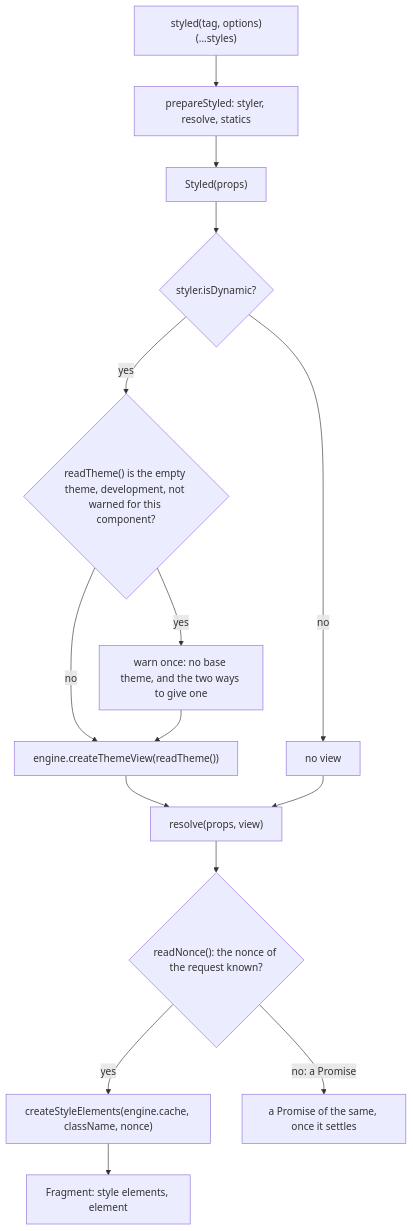
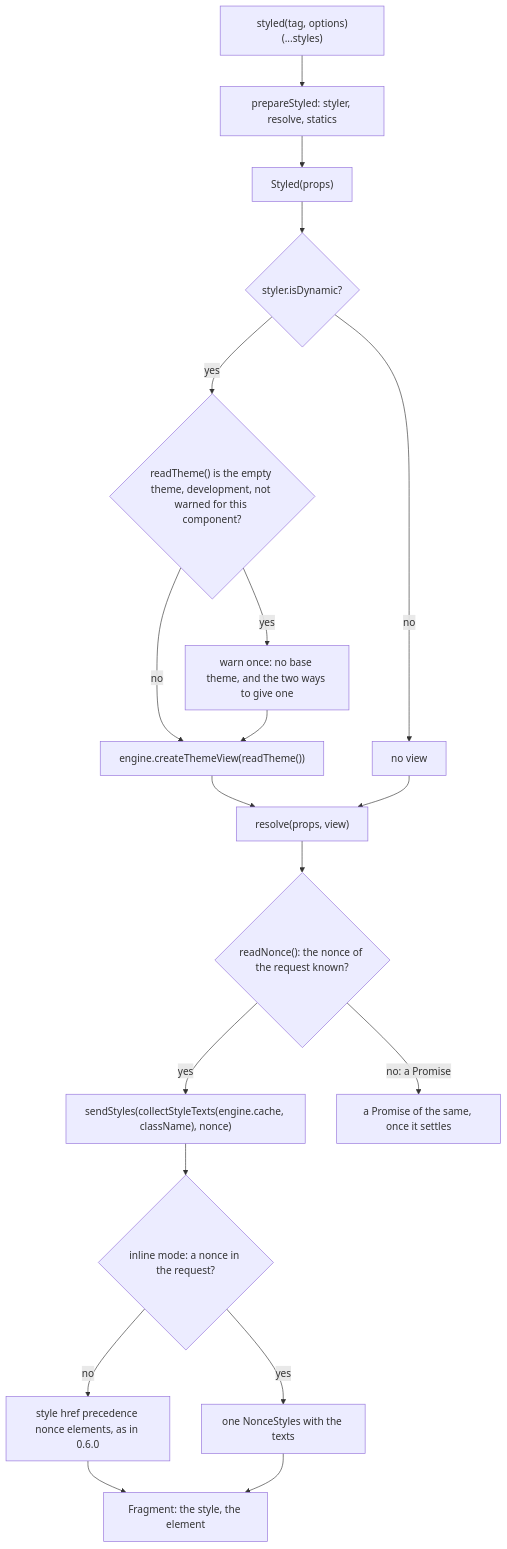
One commit to soroush-tech/umber-style changed the diagram in packages/react/src/styled.server.md. Above: the diagram before and after it, drawn with Mermaid. The commit also changed other lines of this file and 67 other files, not shown here.

Commit message:
feat: a page of server components keeps its styles under a strict nonce policy on Next.js, from a source or a fixed nonce, and a warm render does not redo the value repair and style elements of classes it has - close #66, close #68

````diff
--- a/packages/react/src/styled.server.md
+++ b/packages/react/src/styled.server.md
@@ -19,17 +20,21 @@
 ```mermaid
 flowchart TD
-  call["styled(tag, options)(...styles)"] --> prep["prepareStyled: styler, resolve, statics"]
+  made["styled(tag, options)(...styles)"] --> prep["prepareStyled: styler, resolve, statics"]
   prep --> render["Styled(props)"]
   render --> dyn{"styler.isDynamic?"}
   dyn -->|yes| empty{"readTheme() is the empty theme, development, not warned for this component?"}
   empty -->|yes| warnOnce["warn once: no base theme, and the two ways to give one"]
   empty -->|no| view["engine.createThemeView(readTheme())"]
   warnOnce --> view
   dyn -->|no| noview["no view"]
   view --> res["resolve(props, view)"]
   noview --> res
   res --> nonce{"readNonce(): the nonce of the request known?"}
-  nonce -->|yes| els["createStyleElements(engine.cache, className, nonce)"]
+  nonce -->|yes| els["sendStyles(collectStyleTexts(engine.cache, className), nonce)"]
   nonce -->|"no: a Promise"| later["a Promise of the same, once it settles"]
-  els --> out["Fragment: style elements, element"]
+  els --> inline{"inline mode: a nonce in the request?"}
+  inline -->|no| hoisted["style href precedence nonce elements, as in 0.6.0"]
+  inline -->|yes| nonceStyles["one NonceStyles with the texts"]
+  hoisted --> out["Fragment: the style, the element"]
+  nonceStyles --> out
 ```
````
